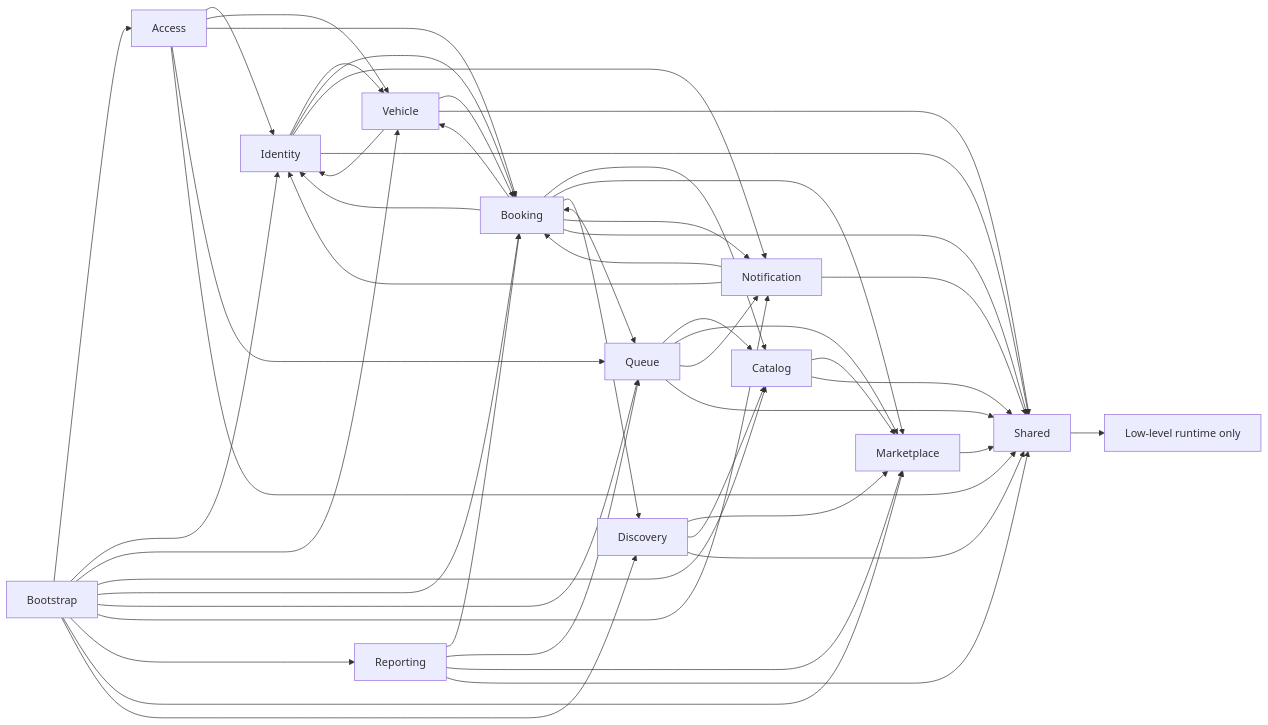
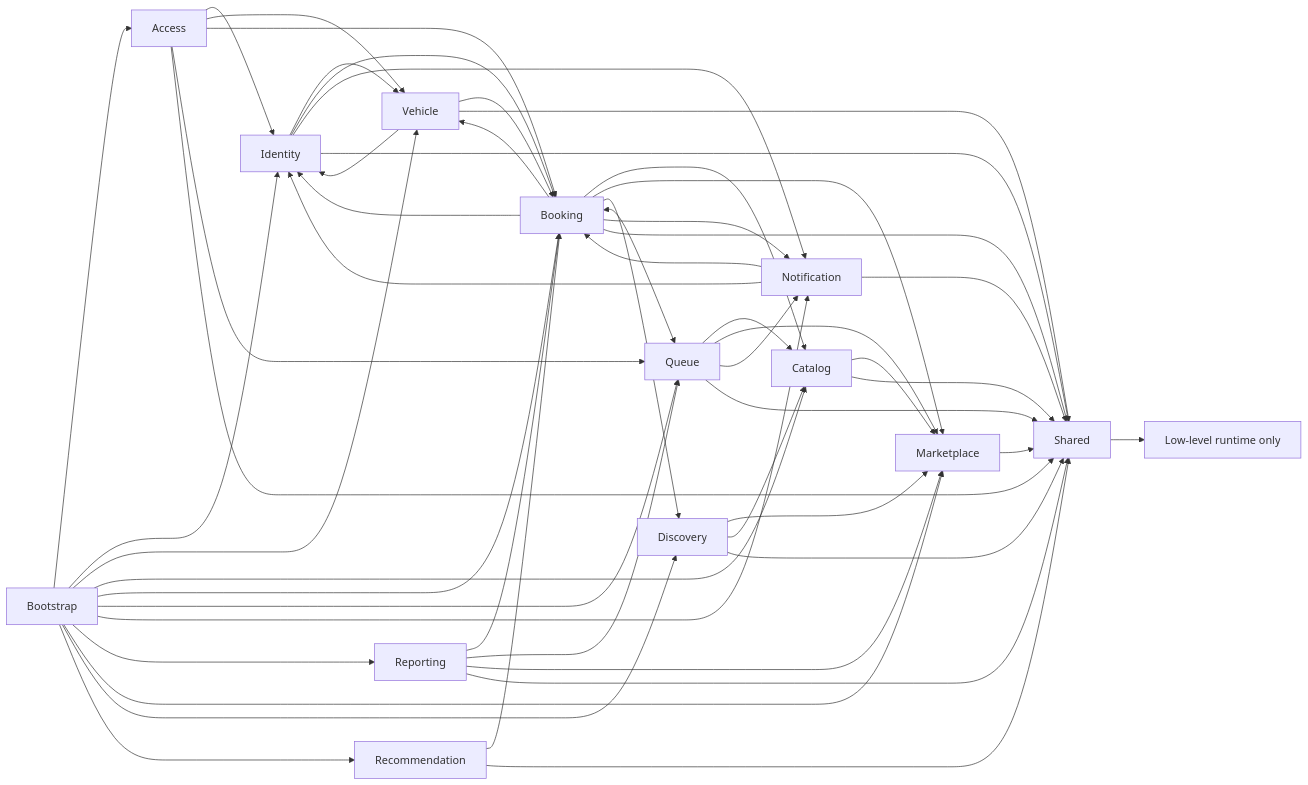
One commit to ongeziwe17/carwash-booking-queue-system changed the second of 2 diagrams in documentation/ARCHITECTURE.md. Above: the diagram before and after it, drawn with Mermaid. The commit also changed other lines of this file and 58 other files, not shown here.

````diff
--- a/documentation/ARCHITECTURE.md
+++ b/documentation/ARCHITECTURE.md
@@ -39,51 +40,54 @@
 ```mermaid
 flowchart LR
     Bootstrap --> Access
     Bootstrap --> Identity
     Bootstrap --> Vehicle
     Bootstrap --> Catalog
     Bootstrap --> Booking
     Bootstrap --> Queue
     Bootstrap --> Notification
     Bootstrap --> Reporting
     Bootstrap --> Marketplace
     Bootstrap --> Discovery
+    Bootstrap --> Recommendation
     Access --> Identity
     Access --> Vehicle
     Access --> Booking
     Access --> Queue
     Identity --> Vehicle
     Identity --> Booking
     Identity --> Notification
     Vehicle --> Identity
     Vehicle --> Booking
     Booking --> Identity
     Booking --> Vehicle
     Booking --> Catalog
     Booking --> Marketplace
     Booking --> Discovery
     Booking <--> Queue
     Booking --> Notification
     Queue --> Catalog
     Queue --> Marketplace
     Queue --> Notification
     Notification --> Identity
     Notification --> Booking
     Reporting --> Booking
     Reporting --> Queue
     Reporting --> Marketplace
     Marketplace --> Shared
     Catalog --> Marketplace
     Discovery --> Marketplace
     Discovery --> Catalog
+    Recommendation --> Booking
     Shared --> Runtime[Low-level runtime only]
     Access --> Shared
     Identity --> Shared
     Vehicle --> Shared
     Catalog --> Shared
     Booking --> Shared
     Queue --> Shared
     Notification --> Shared
     Reporting --> Shared
     Discovery --> Shared
+    Recommendation --> Shared
 ```
````
